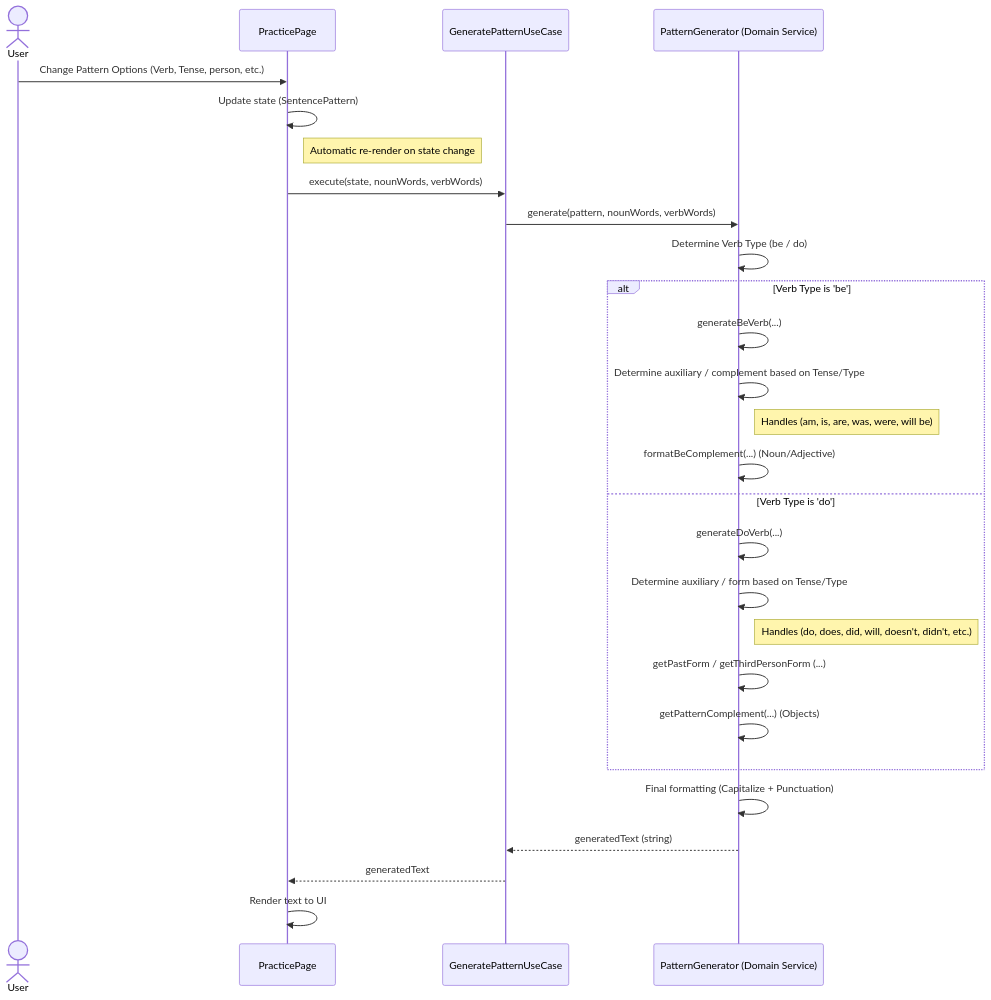
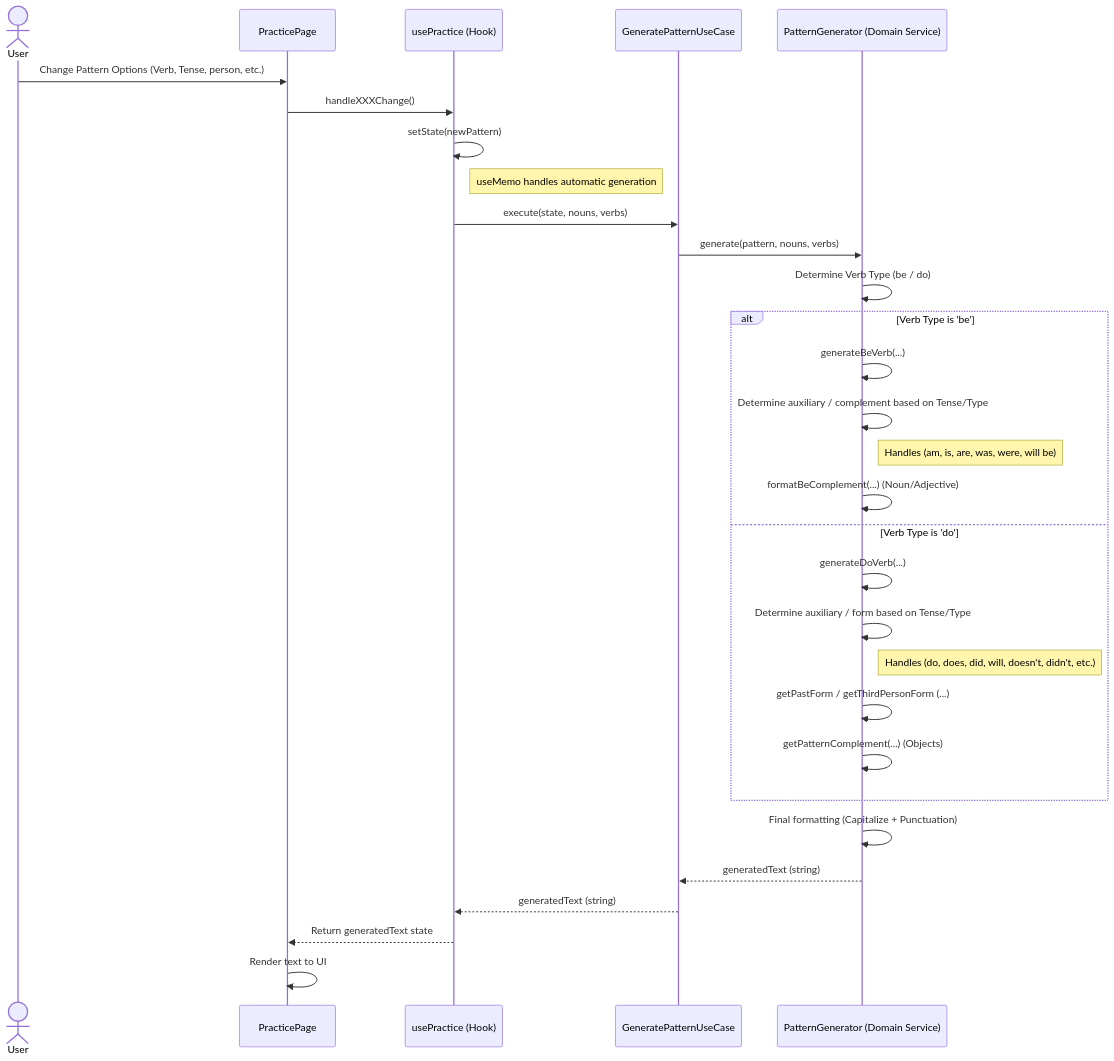
Before and after one commit to kayamak/grid9-english: the diagram in docs/sequence-diagrams/practices/generatePattern.md, drawn with Mermaid. The commit also changed 3 other files, not shown here.

Commit message:
シーケンス図反映

````diff
--- a/docs/sequence-diagrams/practices/generatePattern.md
+++ b/docs/sequence-diagrams/practices/generatePattern.md
@@ -3,36 +3,39 @@
 ```mermaid
 sequenceDiagram
     actor User
     participant Page as PracticePage
+    participant Hook as usePractice (Hook)
     participant UseCase as GeneratePatternUseCase
     participant Service as PatternGenerator (Domain Service)
 
     User->>Page: Change Pattern Options (Verb, Tense, person, etc.)
-    Page->>Page: Update state (SentencePattern)
+    Page->>Hook: handleXXXChange()
+    Hook->>Hook: setState(newPattern)
     
-    note right of Page: Automatic re-render on state change
+    Note right of Hook: useMemo handles automatic generation
     
-    Page->>UseCase: execute(state, nounWords, verbWords)
-    UseCase->>Service: generate(pattern, nounWords, verbWords)
+    Hook->>UseCase: execute(state, nouns, verbs)
+    UseCase->>Service: generate(pattern, nouns, verbs)
     
     Service->>Service: Determine Verb Type (be / do)
     
     alt Verb Type is 'be'
         Service->>Service: generateBeVerb(...)
         Service->>Service: Determine auxiliary / complement based on Tense/Type
         Note right of Service: Handles (am, is, are, was, were, will be)
         Service->>Service: formatBeComplement(...) (Noun/Adjective)
     else Verb Type is 'do'
         Service->>Service: generateDoVerb(...)
         Service->>Service: Determine auxiliary / form based on Tense/Type
         Note right of Service: Handles (do, does, did, will, doesn't, didn't, etc.)
         Service->>Service: getPastForm / getThirdPersonForm (...)
         Service->>Service: getPatternComplement(...) (Objects)
     end
     
     Service->>Service: Final formatting (Capitalize + Punctuation)
     Service-->>UseCase: generatedText (string)
-    UseCase-->>Page: generatedText
+    UseCase-->>Hook: generatedText (string)
     
+    Hook-->>Page: Return generatedText state
     Page->>Page: Render text to UI
 ```
````
